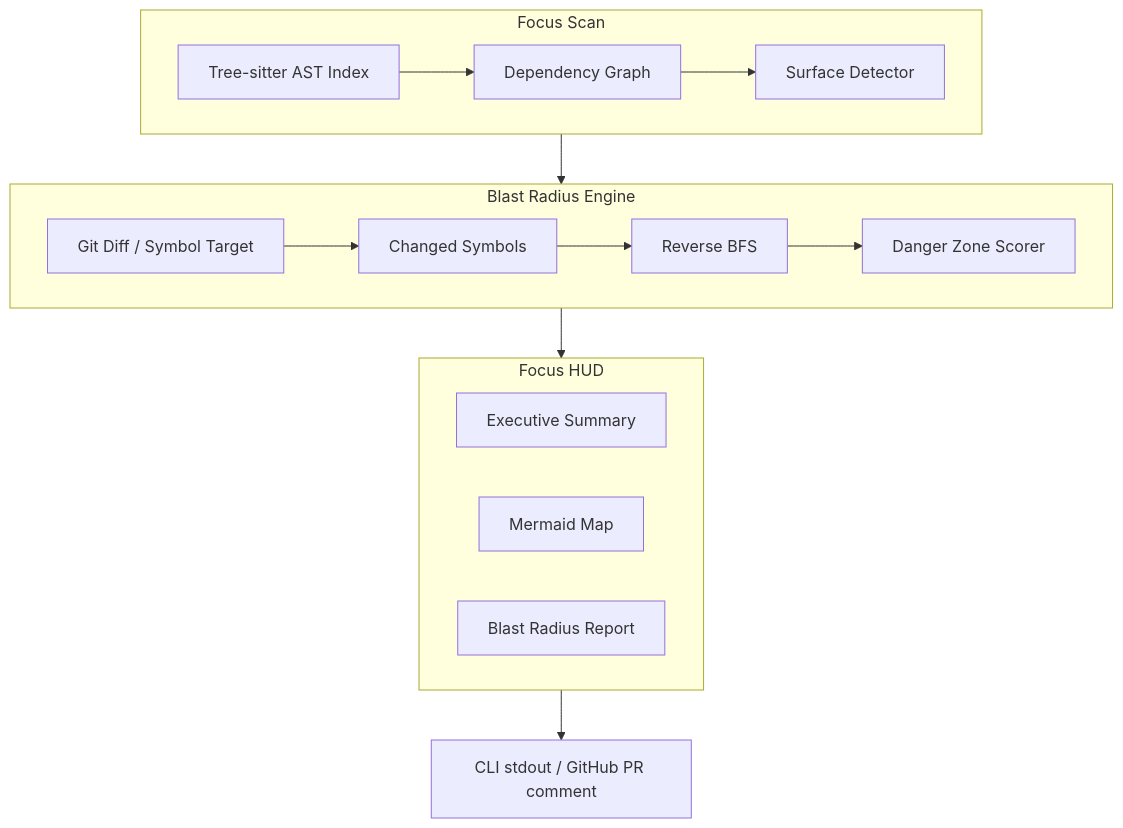
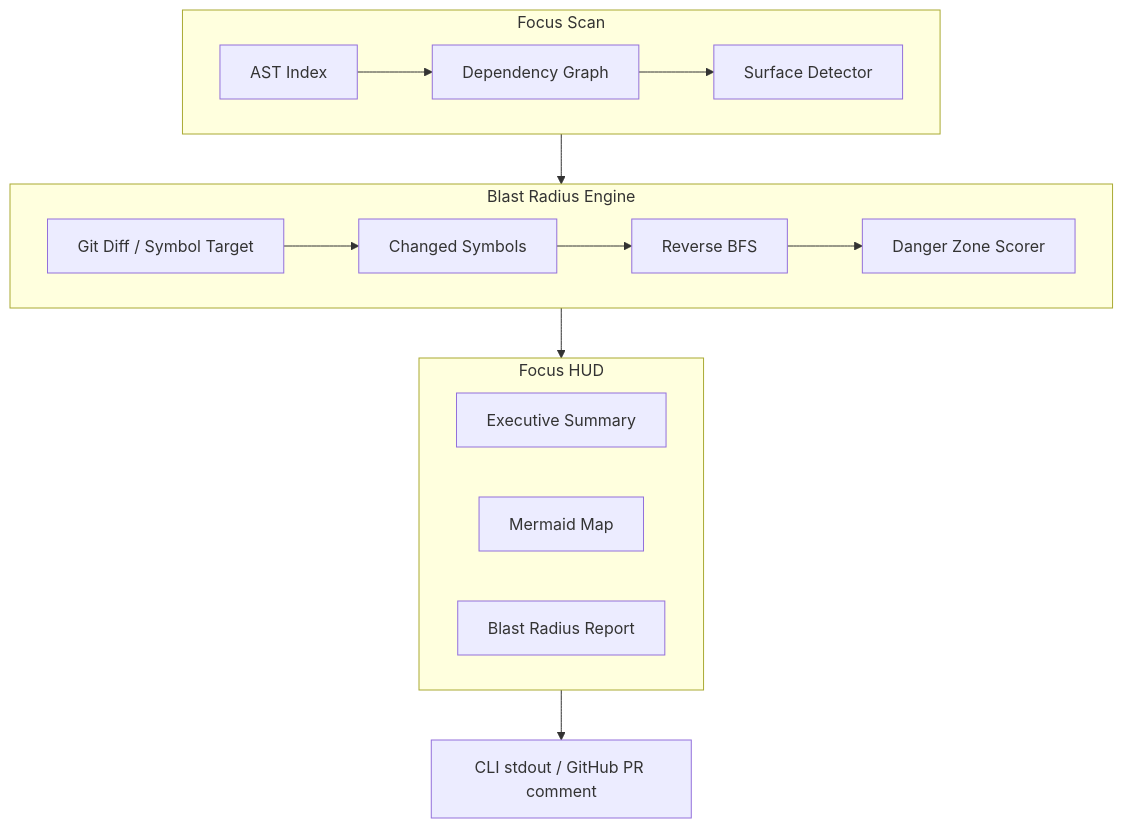
Before and after one commit to j0viane/focus: the diagram in README.md, drawn with Mermaid. The commit also changed other lines of this file and 23 other files, not shown here.

````diff
--- a/README.md
+++ b/README.md
@@ -99,23 +98,23 @@
 ```mermaid
 flowchart TB
     subgraph scan [Focus Scan]
-        TS[Tree-sitter AST Index] --> G[Dependency Graph]
+        TS[AST Index] --> G[Dependency Graph]
         G --> SURF[Surface Detector]
     end
 
     subgraph preflight [Blast Radius Engine]
         DIFF[Git Diff / Symbol Target] --> SEED[Changed Symbols]
         SEED --> BFS[Reverse BFS]
         BFS --> DZ[Danger Zone Scorer]
     end
 
     subgraph hud [Focus HUD]
         ES[Executive Summary]
         MAP[Mermaid Map]
         BR[Blast Radius Report]
     end
 
     scan --> preflight
     preflight --> hud
     hud --> OUT[CLI stdout / GitHub PR comment]
 ```
````
